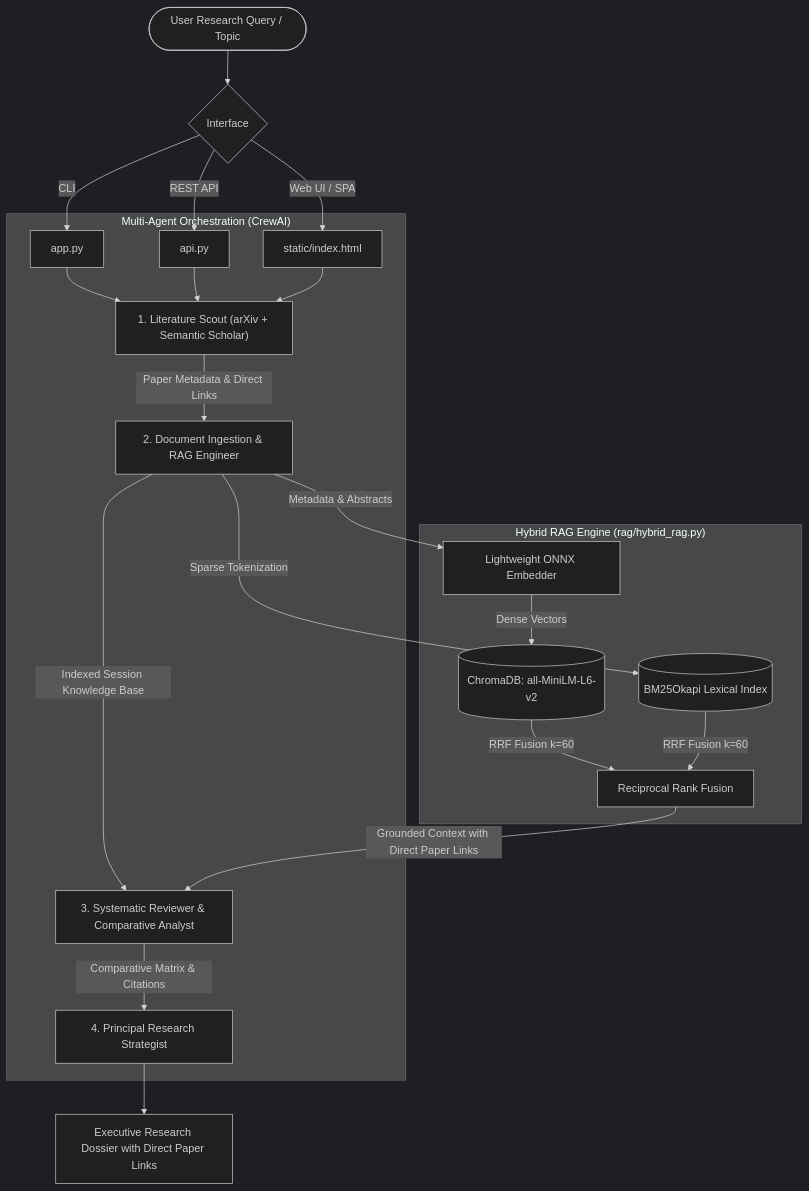
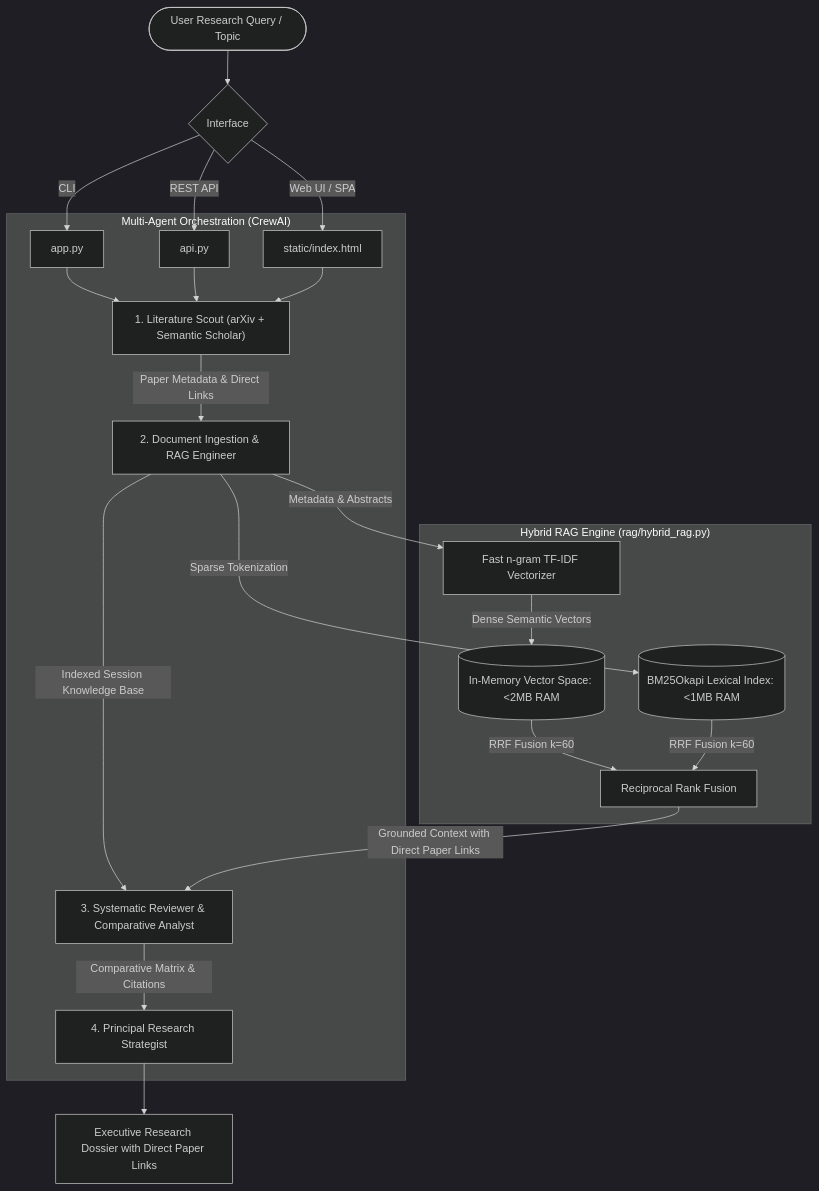
One commit to PranjalPV/agentic-ai-researcher changed the diagram in README.md. Above: the diagram before and after it, drawn with Mermaid (dark theme). The commit also changed other lines of this file and 10 other files, not shown here.

Commit message:
fix(rag): replace heavy ONNX ChromaDB with ultra-lightweight in-memory vector store, optimize Groq rate limit fallback, and bump to v2.0.2

````diff
--- a/README.md
+++ b/README.md
@@ -9,33 +9,33 @@
 ```mermaid
 flowchart TD
     User([User Research Query / Topic]) --> Interface{Interface}
     Interface -->|CLI| CLI[app.py]
     Interface -->|REST API| FastAPI[api.py]
     Interface -->|Web UI / SPA| WebUI[static/index.html]
 
     subgraph "Multi-Agent Orchestration (CrewAI)"
         Agent1["1. Literature Scout (arXiv + Semantic Scholar)"]
         Agent2["2. Document Ingestion & RAG Engineer"]
         Agent3["3. Systematic Reviewer & Comparative Analyst"]
         Agent4["4. Principal Research Strategist"]
 
         CLI --> Agent1
         FastAPI --> Agent1
         WebUI --> Agent1
 
         Agent1 -->|Paper Metadata & Direct Links| Agent2
         Agent2 -->|Indexed Session Knowledge Base| Agent3
         Agent3 -->|Comparative Matrix & Citations| Agent4
     end
 
     subgraph "Hybrid RAG Engine (rag/hybrid_rag.py)"
-        Agent2 -->|Metadata & Abstracts| Embedder[Lightweight ONNX Embedder]
-        Embedder -->|Dense Vectors| Chroma[(ChromaDB: all-MiniLM-L6-v2)]
-        Agent2 -->|Sparse Tokenization| BM25[(BM25Okapi Lexical Index)]
+        Agent2 -->|Metadata & Abstracts| Embedder[Fast n-gram TF-IDF Vectorizer]
+        Embedder -->|Dense Semantic Vectors| DenseVec[(In-Memory Vector Space: <2MB RAM)]
+        Agent2 -->|Sparse Tokenization| BM25[(BM25Okapi Lexical Index: <1MB RAM)]
         
-        Chroma & BM25 -->|RRF Fusion k=60| RRFEngine[Reciprocal Rank Fusion]
+        DenseVec & BM25 -->|RRF Fusion k=60| RRFEngine[Reciprocal Rank Fusion]
         RRFEngine -->|Grounded Context with Direct Paper Links| Agent3
     end
 
     Agent4 --> Report[Executive Research Dossier with Direct Paper Links]
 ```
````
